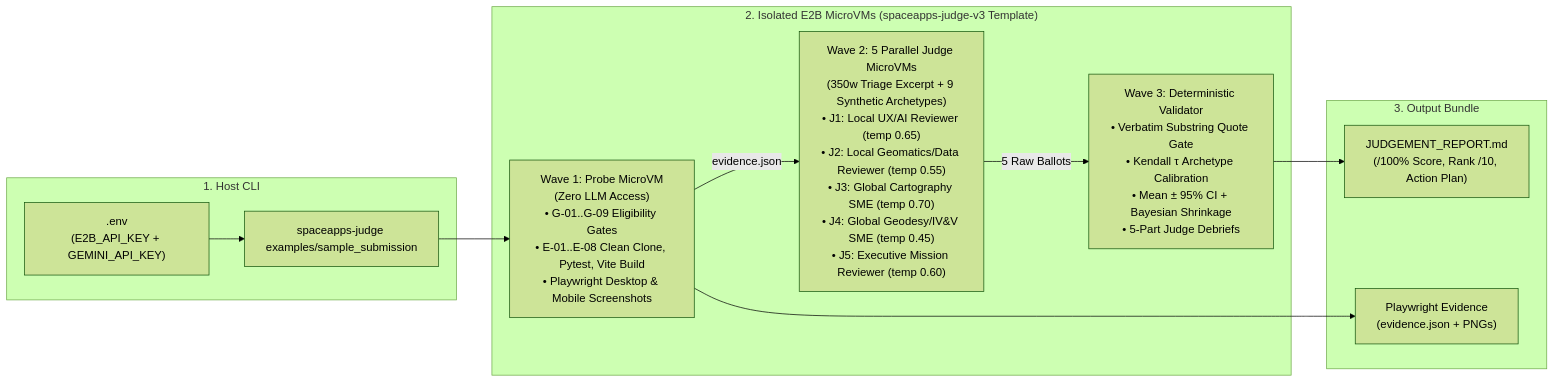
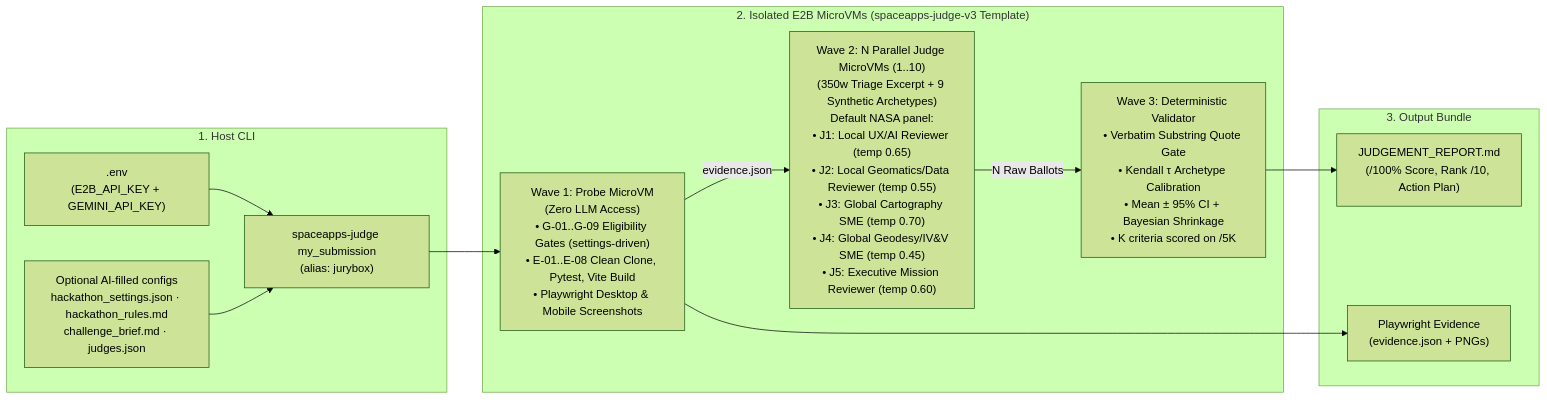
The diagram in README.md (SeCuReDmE-main-dev/spaceapps-e2b-judge), drawn with Mermaid (forest theme) before and after one commit. The commit also changed other lines of this file and 10 other files, not shown here.

````diff
--- a/README.md
+++ b/README.md
@@ -37,25 +39,27 @@
 ```mermaid
 flowchart LR
     subgraph CLI["1. Host CLI"]
-        CMD["spaceapps-judge examples/sample_submission"]
+        CMD["spaceapps-judge my_submission\n(alias: jurybox)"]
         ENV[".env\n(E2B_API_KEY + GEMINI_API_KEY)"]
+        CFG["Optional AI-filled configs\nhackathon_settings.json · hackathon_rules.md\nchallenge_brief.md · judges.json"]
     end
 
     subgraph E2B["2. Isolated E2B MicroVMs (spaceapps-judge-v3 Template)"]
-        W1["Wave 1: Probe MicroVM\n(Zero LLM Access)\n• G-01..G-09 Eligibility Gates\n• E-01..E-08 Clean Clone, Pytest, Vite Build\n• Playwright Desktop & Mobile Screenshots"]
-        W2["Wave 2: 5 Parallel Judge MicroVMs\n(350w Triage Excerpt + 9 Synthetic Archetypes)\n• J1: Local UX/AI Reviewer (temp 0.65)\n• J2: Local Geomatics/Data Reviewer (temp 0.55)\n• J3: Global Cartography SME (temp 0.70)\n• J4: Global Geodesy/IV&V SME (temp 0.45)\n• J5: Executive Mission Reviewer (temp 0.60)"]
-        W3["Wave 3: Deterministic Validator\n• Verbatim Substring Quote Gate\n• Kendall τ Archetype Calibration\n• Mean ± 95% CI + Bayesian Shrinkage\n• 5-Part Judge Debriefs"]
+        W1["Wave 1: Probe MicroVM\n(Zero LLM Access)\n• G-01..G-09 Eligibility Gates (settings-driven)\n• E-01..E-08 Clean Clone, Pytest, Vite Build\n• Playwright Desktop & Mobile Screenshots"]
+        W2["Wave 2: N Parallel Judge MicroVMs (1..10)\n(350w Triage Excerpt + 9 Synthetic Archetypes)\nDefault NASA panel:\n• J1: Local UX/AI Reviewer (temp 0.65)\n• J2: Local Geomatics/Data Reviewer (temp 0.55)\n• J3: Global Cartography SME (temp 0.70)\n• J4: Global Geodesy/IV&V SME (temp 0.45)\n• J5: Executive Mission Reviewer (temp 0.60)"]
+        W3["Wave 3: Deterministic Validator\n• Verbatim Substring Quote Gate\n• Kendall τ Archetype Calibration\n• Mean ± 95% CI + Bayesian Shrinkage\n• K criteria scored on /5K"]
     end
 
     subgraph OUT["3. Output Bundle"]
         REP["JUDGEMENT_REPORT.md\n(/100% Score, Rank /10, Action Plan)"]
         SHOTS["Playwright Evidence\n(evidence.json + PNGs)"]
     end
 
     ENV --> CMD
+    CFG --> CMD
     CMD --> W1
     W1 -->|evidence.json| W2
-    W2 -->|5 Raw Ballots| W3
+    W2 -->|N Raw Ballots| W3
     W3 --> REP
     W1 --> SHOTS
 ```
````
